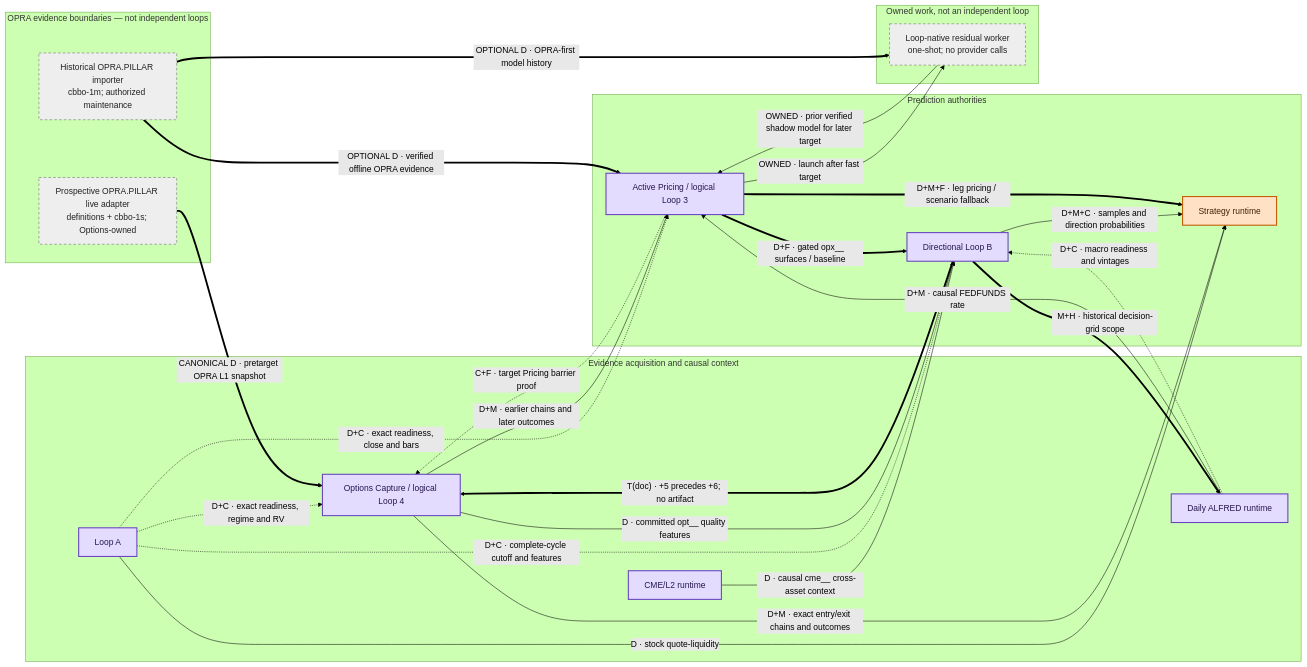
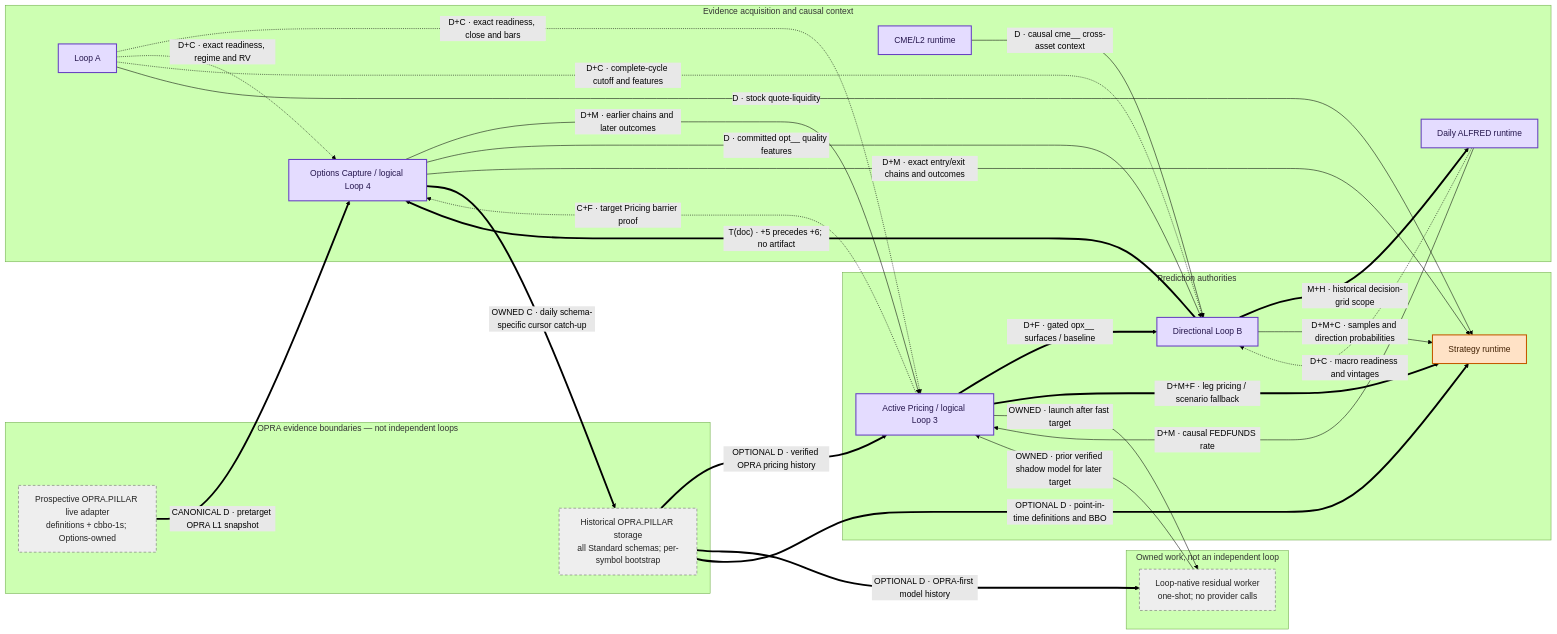
One commit to jeremysecondstate/ducketz changed the first of 2 diagrams in docs/loops-system-analysis/LOOP_MAP.md. Above: the diagram before and after it, drawn with Mermaid (forest theme). The commit also changed other lines of this file and 31 other files, not shown here.

````diff
--- a/docs/loops-system-analysis/LOOP_MAP.md
+++ b/docs/loops-system-analysis/LOOP_MAP.md
@@ -5,54 +5,56 @@
 ```mermaid
 flowchart LR
     subgraph BOUNDARIES[OPRA evidence boundaries — not independent loops]
         OPRAL["Prospective OPRA.PILLAR live adapter<br/>definitions + cbbo-1s; Options-owned"]
-        OPRAH["Historical OPRA.PILLAR importer<br/>cbbo-1m; authorized maintenance"]
+        OPRAH["Historical OPRA.PILLAR storage<br/>all Standard schemas; per-symbol bootstrap"]
     end
 
     subgraph EVIDENCE[Evidence acquisition and causal context]
         CME["CME/L2 runtime"]
         A["Loop A"]
         FRED["Daily ALFRED runtime"]
         OPT["Options Capture / logical Loop 4"]
     end
 
     subgraph PREDICTION[Prediction authorities]
         PR["Active Pricing / logical Loop 3"]
         B["Directional Loop B"]
         STR["Strategy runtime"]
     end
 
     subgraph OWNED[Owned work, not an independent loop]
         W["Loop-native residual worker<br/>one-shot; no provider calls"]
     end
 
     CME -->|"D · causal cme__ cross-asset context"| B
     A -.->|"D+C · exact readiness, close and bars"| PR
     A -.->|"D+C · exact readiness, regime and RV"| OPT
     A -.->|"D+C · complete-cycle cutoff and features"| B
     A -->|"D · stock quote-liquidity"| STR
     FRED -->|"D+M · causal FEDFUNDS rate"| PR
     FRED -.->|"D+C · macro readiness and vintages"| B
     B ==>|"M+H · historical decision-grid scope"| FRED
     PR -.->|"C+F · target Pricing barrier proof"| OPT
     OPT -->|"D+M · earlier chains and later outcomes"| PR
     PR ==>|"D+F · gated opx__ surfaces / baseline"| B
     OPT -->|"D · committed opt__ quality features"| B
     B -->|"D+M+C · samples and direction probabilities"| STR
     OPT -->|"D+M · exact entry/exit chains and outcomes"| STR
     PR ==>|"D+M+F · leg pricing / scenario fallback"| STR
     B ==>|"T(doc) · +5 precedes +6; no artifact"| OPT
     PR -->|"OWNED · launch after fast target"| W
     W -->|"OWNED · prior verified shadow model for later target"| PR
     OPRAL ==>|"CANONICAL D · pretarget OPRA L1 snapshot"| OPT
-    OPRAH ==>|"OPTIONAL D · verified offline OPRA evidence"| PR
+    OPT ==>|"OWNED C · daily schema-specific cursor catch-up"| OPRAH
+    OPRAH ==>|"OPTIONAL D · verified OPRA pricing history"| PR
     OPRAH ==>|"OPTIONAL D · OPRA-first model history"| W
+    OPRAH ==>|"OPTIONAL D · point-in-time definitions and BBO"| STR
 
     classDef horizon fill:#d8ecff,stroke:#1565c0,color:#102a43,stroke-width:2px;
     classDef options fill:#ffe2c6,stroke:#c45a00,color:#432204,stroke-width:2px;
     classDef both fill:#e4dcff,stroke:#6842c2,color:#25164d,stroke-width:2px;
     classDef support fill:#eeeeee,stroke:#666666,color:#222222,stroke-dasharray:5 4;
     class CME,A,FRED,OPT,PR,B both;
     class STR options;
     class W,OPRAL,OPRAH support;
 ```
````
